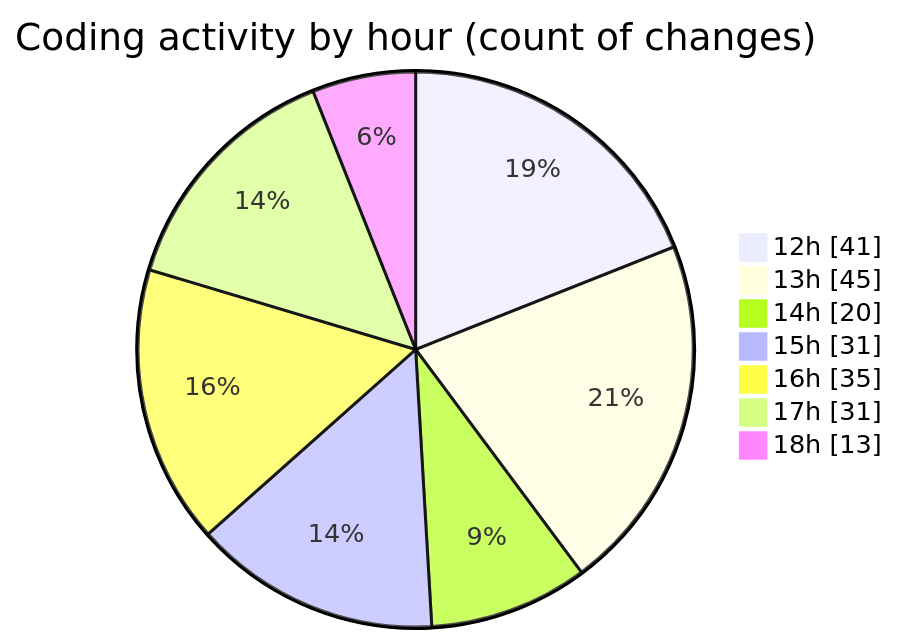
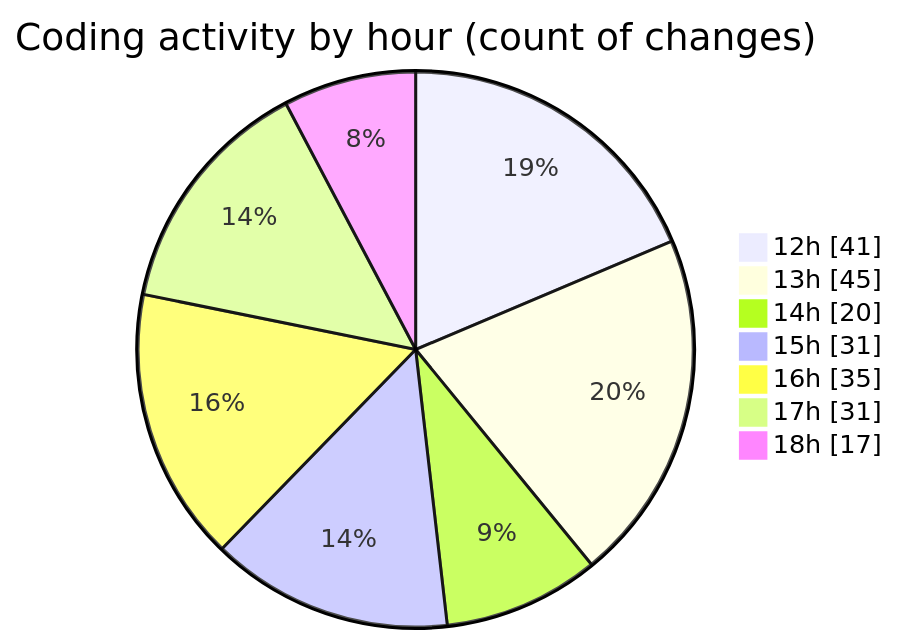
The second of 2 diagrams in 2025-12-02/cda/README.md (momahboobian/code-tracking), drawn with Mermaid before and after one commit. The commit also changed other lines of this file and 1 other file, not shown here.

````diff
--- a/2025-12-02/cda/README.md
+++ b/2025-12-02/cda/README.md
@@ -40,11 +40,11 @@
 ```mermaid
 pie showData
 title Coding activity by hour (count of changes)
 "12h" : 41
 "13h" : 45
 "14h" : 20
 "15h" : 31
 "16h" : 35
 "17h" : 31
-"18h" : 13
+"18h" : 17
 ```
````
